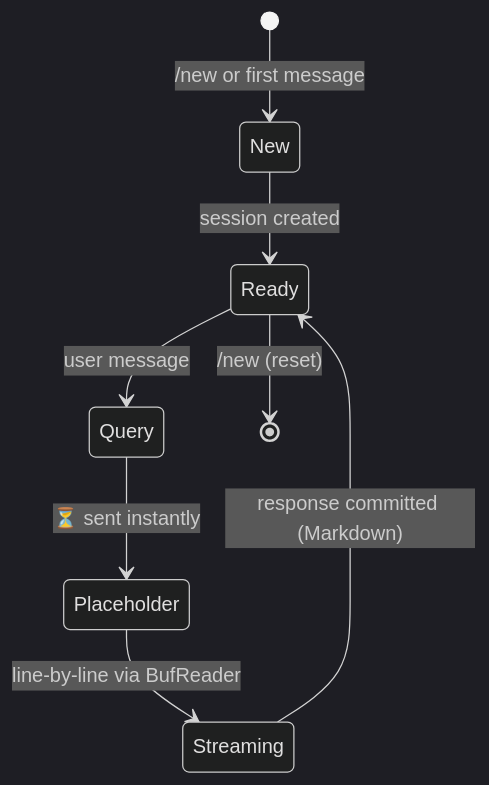
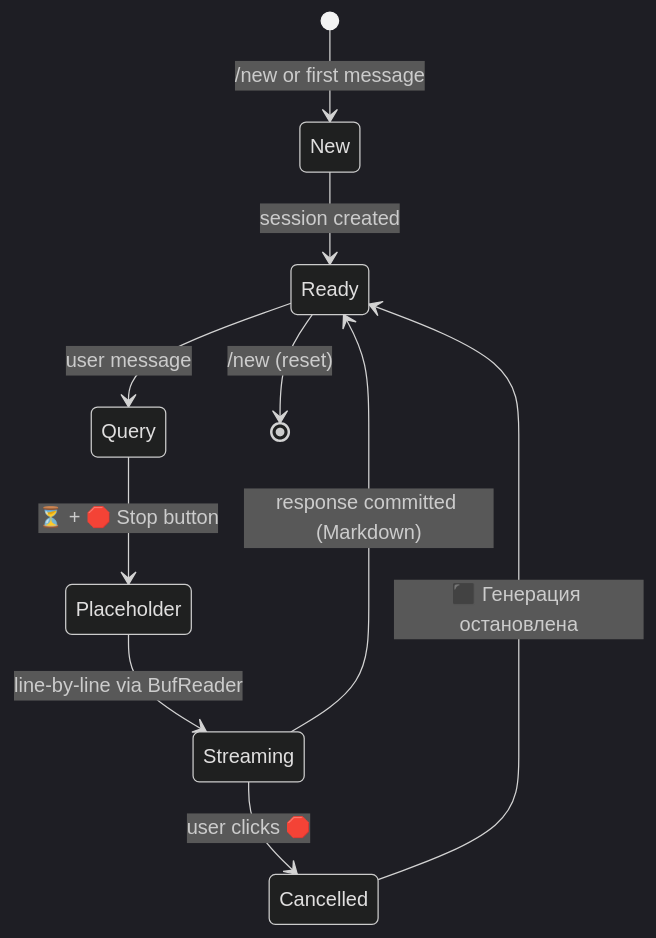
One commit to sleep3r/toodles changed the diagram in README.md. Above: the diagram before and after it, drawn with Mermaid (dark theme). The commit also changed other lines of this file and 10 other files, not shown here.

First line of the commit message:
feat: stop generation button, smart message splitting, error feedback

````diff
--- a/README.md
+++ b/README.md
@@ -177,10 +181,12 @@
 ```mermaid
 stateDiagram-v2
     [*] --> New: /new or first message
     New --> Ready: session created
     Ready --> Query: user message
-    Query --> Placeholder: ⏳ sent instantly
+    Query --> Placeholder: ⏳ + 🛑 Stop button
     Placeholder --> Streaming: line-by-line via BufReader
+    Streaming --> Cancelled: user clicks 🛑
+    Cancelled --> Ready: ⬛ Генерация остановлена
     Streaming --> Ready: response committed (Markdown)
     Ready --> [*]: /new (reset)
 ```
````
